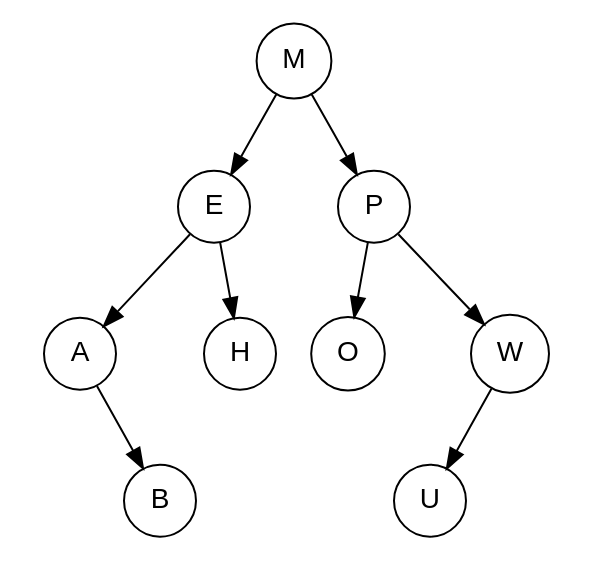
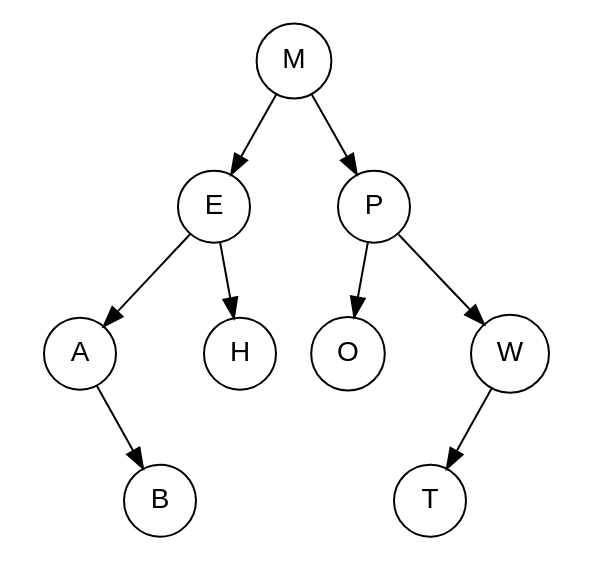
One commit to aaronbloomfield/pdr changed the diagram in labs/lab05/avl-worksheet/avl-tree-4.dot. Above: the diagram before and after it, drawn with Graphviz. The commit also changed 5 other files, not shown here.

```diff
--- a/labs/lab05/avl-worksheet/avl-tree-4.dot
+++ b/labs/lab05/avl-worksheet/avl-tree-4.dot
@@ -1,38 +1,38 @@
 digraph E {
 	graph [fontname = "Helvetica"];
 	node [fontname = "Helvetica",shape=circle];
 	edge [fontname = "Helvetica"];
 
 	M -> E;
 	mM [label="", width=0.1, style=invis];
 	M -> mM [style=invis];
 	M -> P;
 	{rank=same E -> mM -> P [style=invis]};
 	
 	E -> A;
 	lE [label="", width=0.1, style=invis];
 	E -> lE [style=invis];
 	E -> H;
 	{rank=same A -> lE -> H [style=invis]};
 
 	P -> O;
 	mP [label="", width=0.1, style=invis];
 	P -> mP [style=invis];
 	P -> W;
 	{rank=same O -> mP -> W [style=invis]};
 
 	lA [label="", width=0.1, style=invis];
 	A -> lA [style=invis];
 	mA [label="", width=0.1, style=invis];
 	A -> mA [style=invis];
 	A -> B;
 	{rank=same lA -> mA -> B [style=invis]};
 
 	lW [label="", width=0.1, style=invis];
-	W -> U;
+	W -> T;
 	mW [label="", width=0.1, style=invis];
 	W -> mW [style=invis];
 	rW [label="", width=0.1, style=invis];
 	W -> rW [style=invis];
-	{rank=same U -> mW -> rW [style=invis]};
+	{rank=same T -> mW -> rW [style=invis]};
 }
```
